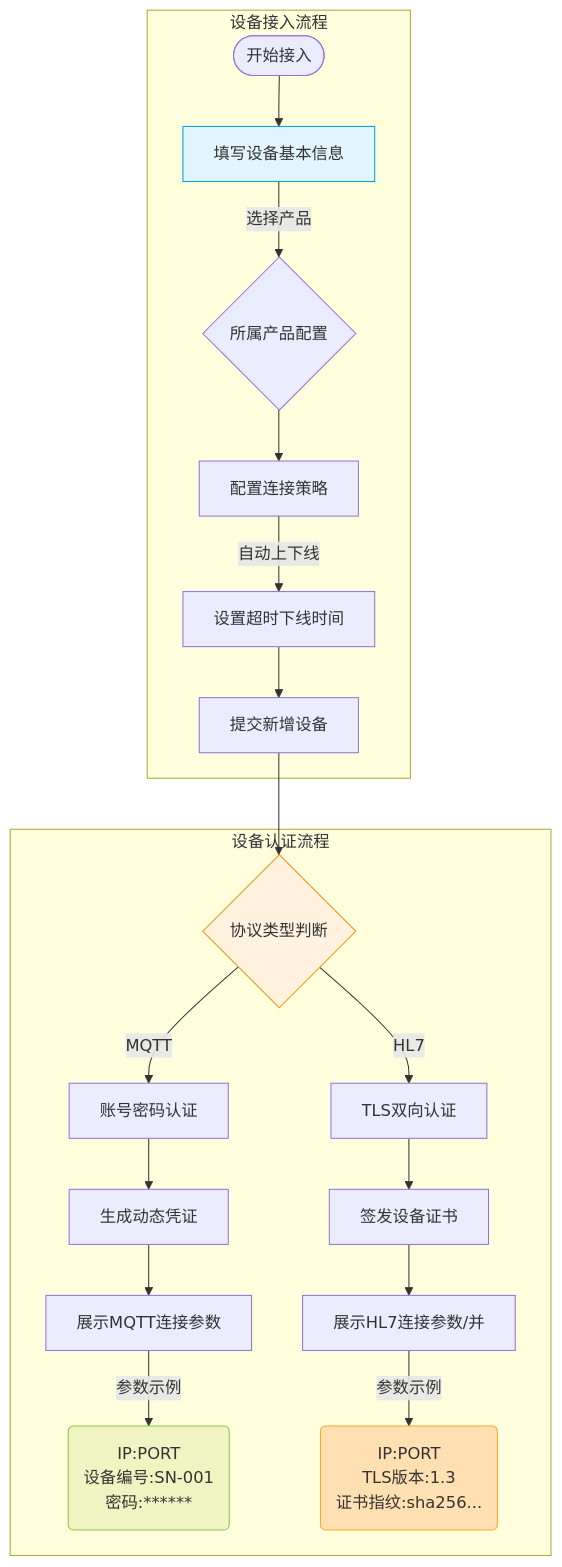
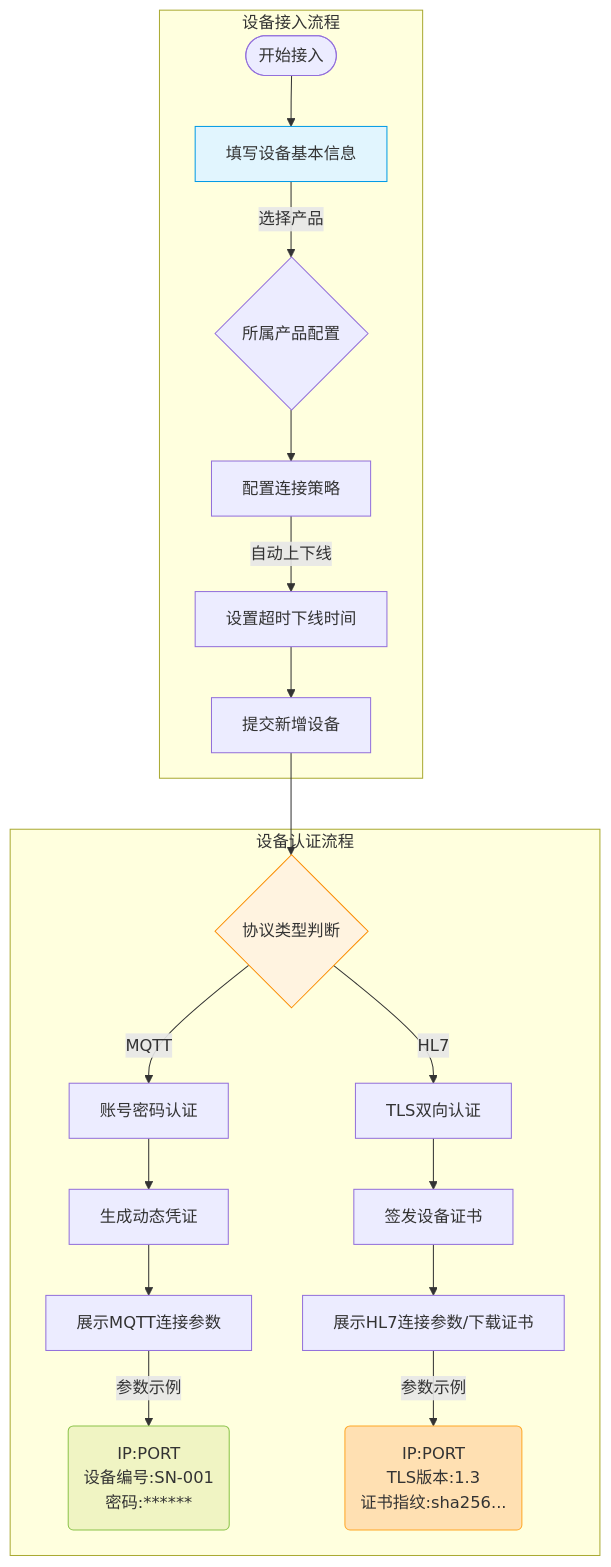
One commit to fuyong859050943/iodraw-files changed the diagram in all/未命名-8.md. Above: the diagram before and after it, drawn with Mermaid.

Commit message:
2025-02-27 18:24:34 update

````diff
--- a/all/未命名-8.md
+++ b/all/未命名-8.md
@@ -1,30 +1,30 @@
 ```mermaid
 %% 设备接入与认证完整流程
 graph TD
     subgraph 设备接入流程
         A([开始接入]) --> B[填写设备基本信息]
         B -->|选择产品| C{"所属产品配置"}
         C --> E[配置连接策略]
         E -->|自动上下线| F[设置超时下线时间]
         F --> H[提交新增设备]
     end
 
     subgraph 设备认证流程
         H --> I{协议类型判断}
         I -->|MQTT| J[账号密码认证]
         I -->|HL7| K[TLS双向认证]
         
         J --> L[生成动态凭证]
         L --> M[展示MQTT连接参数]
         M -->|参数示例| N("IP:PORT<br/>设备编号:SN-001<br/>密码:******")
         
         K --> O[签发设备证书]
-        O --> P[展示HL7连接参数/并]
+        O --> P[展示HL7连接参数/下载证书]
         P -->|参数示例| Q("IP:PORT<br/>TLS版本:1.3<br/>证书指纹:sha256...")
     end
 
     style B fill:#E1F5FE,stroke:#039BE5
     style I fill:#FFF3E0,stroke:#FB8C00
     style N fill:#F0F4C3,stroke:#8BC34A
     style Q fill:#FFE0B2,stroke:#FFA726
 ```
````
